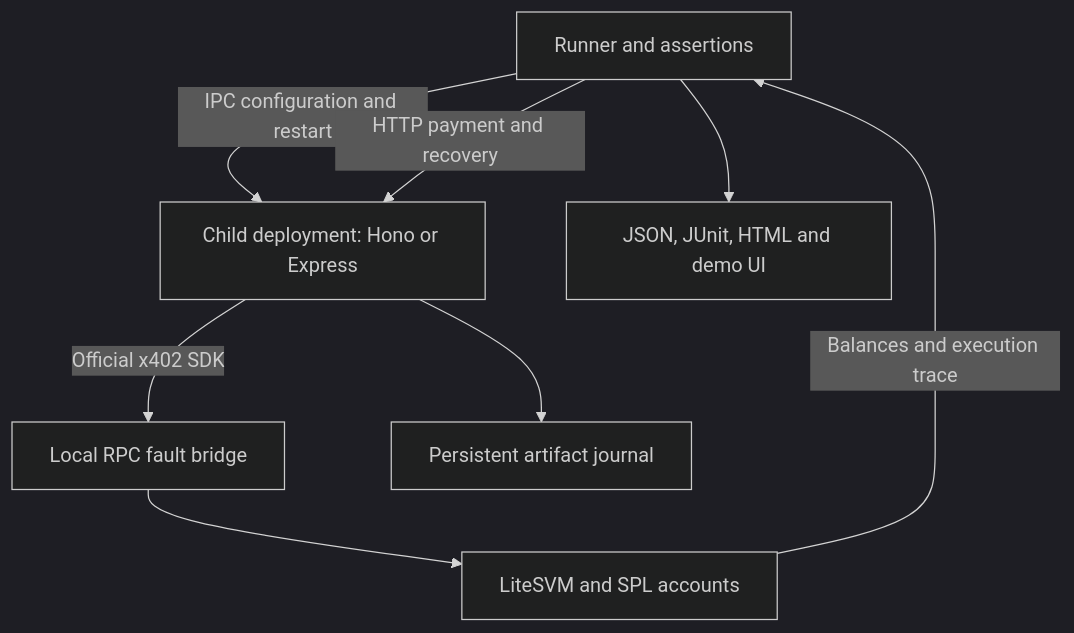
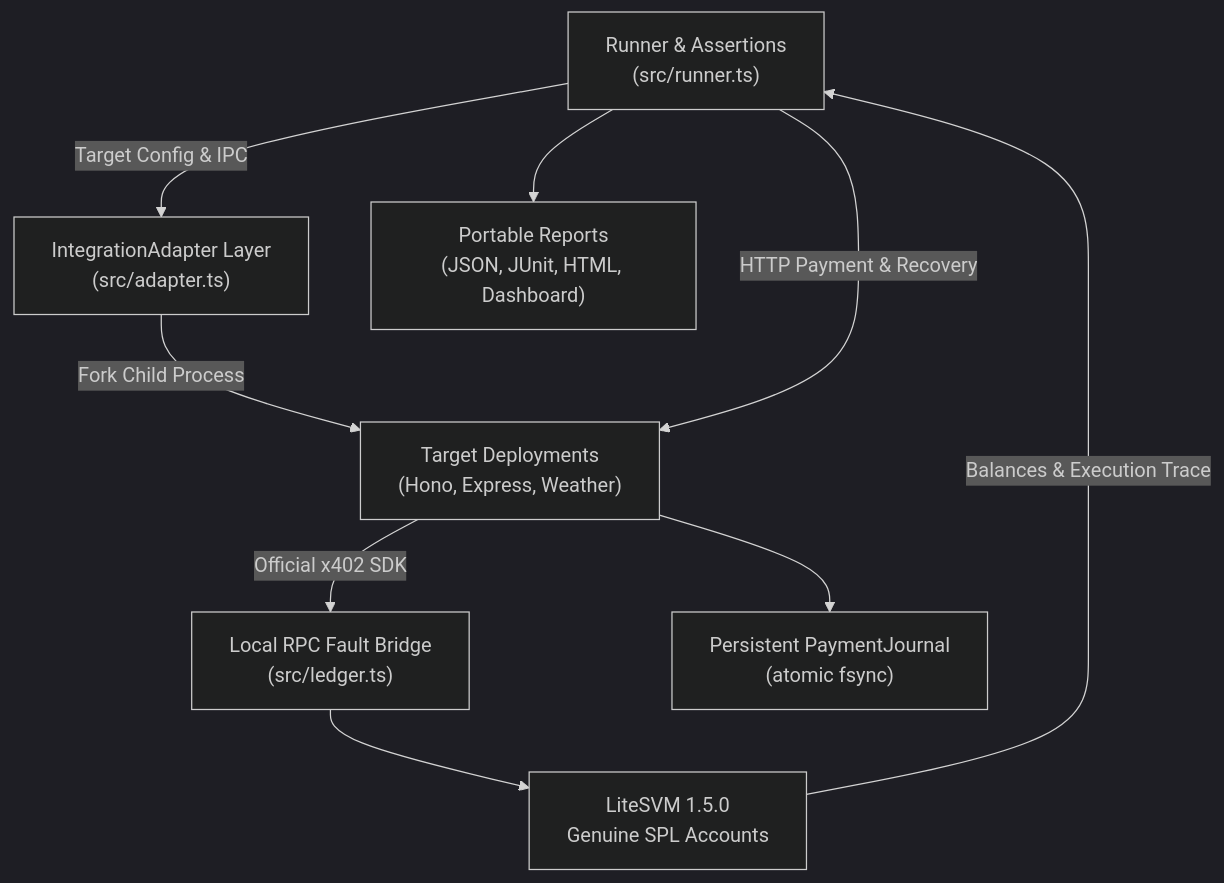
Before and after one commit to intelliDean/shadowgate: the diagram in docs/ARCHITECTURE.md, drawn with Mermaid (dark theme). The commit also changed other lines of this file, not shown here.

Commit message:
docs: update ARCHITECTURE.md with IntegrationAdapter layer, 3-target matrix, and updated flowchart

````diff
--- a/docs/ARCHITECTURE.md
+++ b/docs/ARCHITECTURE.md
@@ -9,10 +9,11 @@
 ```mermaid
 flowchart TD
-  R["Runner and assertions"] -->|"IPC configuration and restart"| T["Child deployment: Hono or Express"]
-  R -->|"HTTP payment and recovery"| T
-  T -->|"Official x402 SDK"| L["Local RPC fault bridge"]
-  L --> S["LiteSVM and SPL accounts"]
-  T --> J["Persistent artifact journal"]
-  S -->|"Balances and execution trace"| R
-  R --> E["JSON, JUnit, HTML and demo UI"]
+  R["Runner & Assertions<br/>(src/runner.ts)"] -->|"Target Config & IPC"| A["IntegrationAdapter Layer<br/>(src/adapter.ts)"]
+  A -->|"Fork Child Process"| T["Target Deployments<br/>(Hono, Express, Weather)"]
+  R -->|"HTTP Payment & Recovery"| T
+  T -->|"Official x402 SDK"| L["Local RPC Fault Bridge<br/>(src/ledger.ts)"]
+  L --> S["LiteSVM 1.5.0<br/>Genuine SPL Accounts"]
+  T --> J["Persistent PaymentJournal<br/>(atomic fsync)"]
+  S -->|"Balances & Execution Trace"| R
+  R --> E["Portable Reports<br/>(JSON, JUnit, HTML, Dashboard)"]
 ```
````
